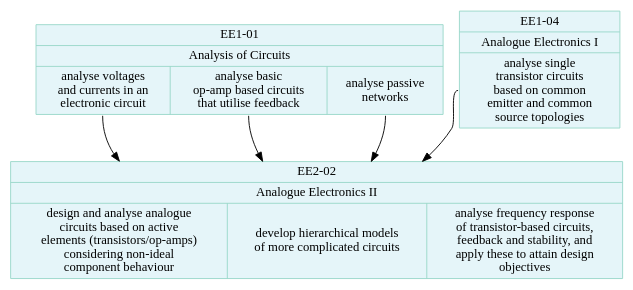
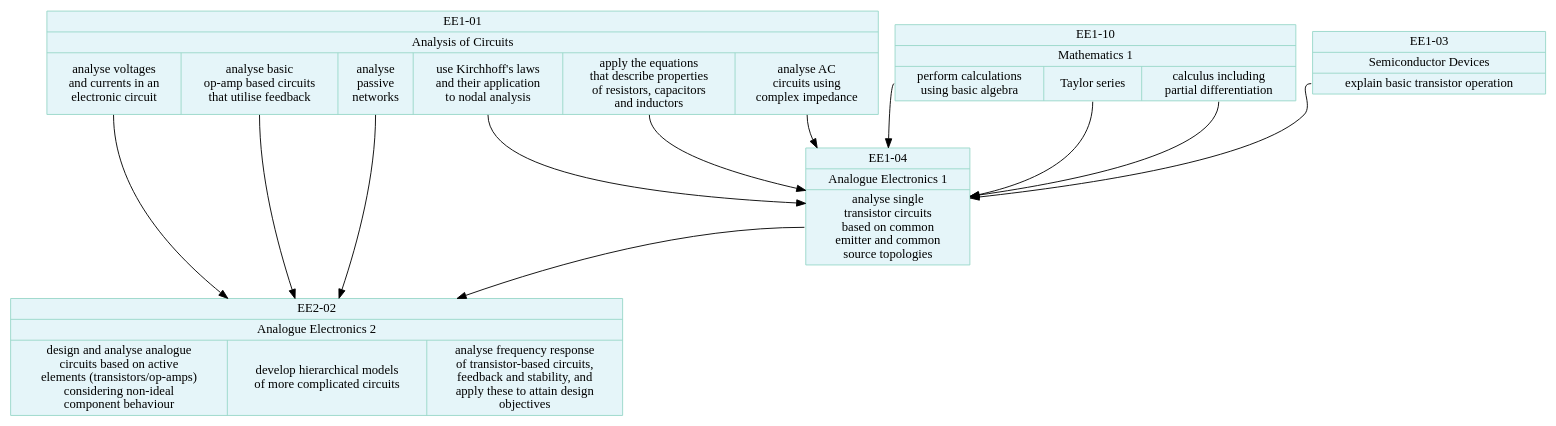
One commit to johnwickerson/ee_modules changed the diagram in modules.dot. Above: the diagram before and after it, drawn with Graphviz.

Commit message:
adding a few more modules

```diff
--- a/modules.dot
+++ b/modules.dot
@@ -1,25 +1,45 @@
 digraph {
     
     node[shape=record, color="#99d8c9", fillcolor="#e5f5f9", style="filled"];
     
     EE101 [label="{EE1-01 | Analysis of Circuits | {
         <1>analyse voltages\nand currents in an\nelectronic circuit | 
         <2>analyse basic\nop-amp based circuits\nthat utilise feedback | 
-        <3>analyse passive\nnetworks 
+        <3>analyse\npassive\nnetworks |
+        <4>use Kirchhoff's laws\nand their application\nto nodal analysis |
+        <5>apply the equations\nthat describe properties\nof resistors, capacitors\nand inductors |
+        <6>analyse AC\ncircuits using\ncomplex impedance
+    }}"];
+
+    EE110 [label="{EE1-10 | Mathematics 1 | {
+        <1>perform calculations\nusing basic algebra |
+	<2>Taylor series |
+	<3>calculus including\npartial differentiation
+    }}"];
+
+    EE103 [label="{EE1-03 | Semiconductor Devices | {
+        <1>explain basic transistor operation
     }}"];
     
-    EE104 [label="{EE1-04 | Analogue Electronics I | {
+    EE104 [label="{EE1-04 | Analogue Electronics 1 | {
         <1>analyse single\ntransistor circuits\nbased on common\nemitter and common\nsource topologies
     }}"];
+    EE101:4 -> EE104;
+    EE101:5 -> EE104;
+    EE101:6 -> EE104;
+    EE110:1 -> EE104;
+    EE110:2 -> EE104;
+    EE110:3 -> EE104;
+    EE103:1 -> EE104;
     
-    EE202 [label="{EE2-02 | Analogue Electronics II | {
+    EE202 [label="{EE2-02 | Analogue Electronics 2 | {
         <1>design and analyse analogue\ncircuits based on active\nelements (transistors/op-amps)\nconsidering non-ideal\ncomponent behaviour |
         <2>develop hierarchical models\nof more complicated circuits |
         <3>analyse frequency response\nof transistor-based circuits,\nfeedback and stability, and\napply these to attain design\nobjectives
     }}"];
     EE101:1 -> EE202;
     EE101:2 -> EE202;
     EE101:3 -> EE202;
     EE104:1 -> EE202;
 
 }
```
